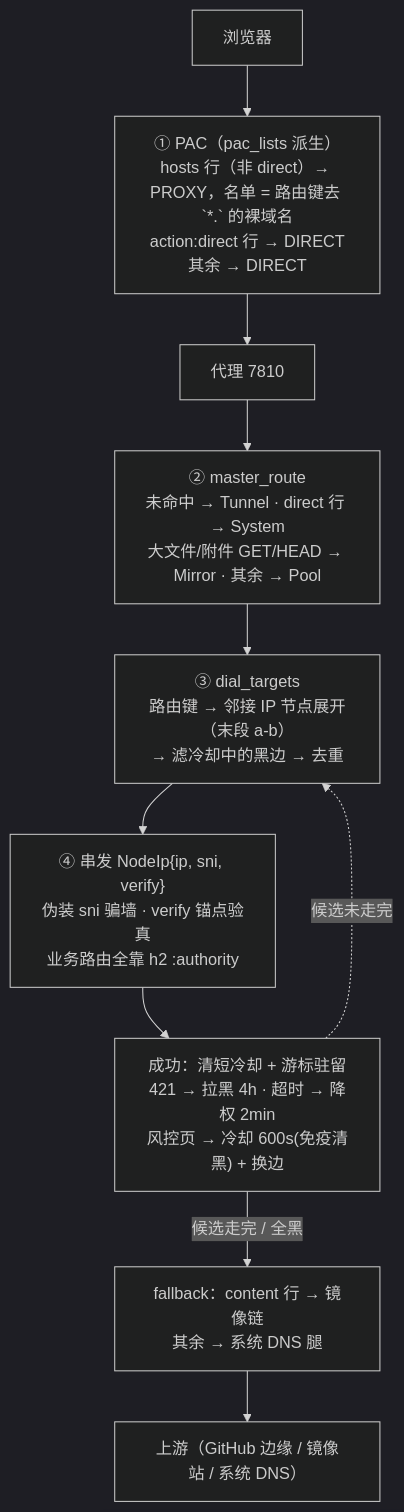
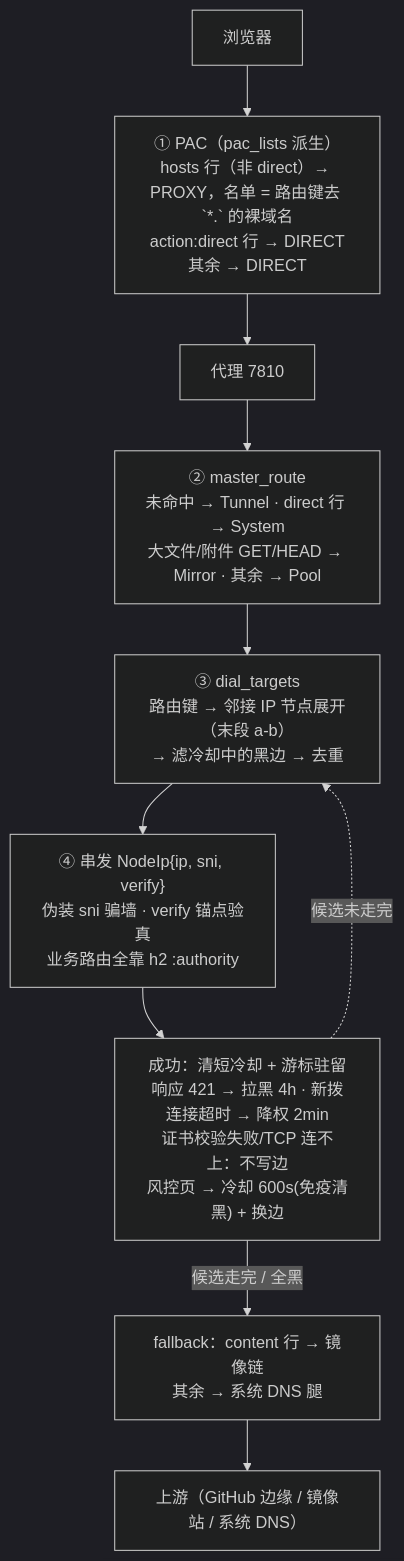
Before and after one commit to zhidian-cmd/gitport-github: the diagram in docs/ROUTING.md, drawn with Mermaid (dark theme). The commit also changed other lines of this file and 7 other files, not shown here.

````diff
--- a/docs/ROUTING.md
+++ b/docs/ROUTING.md
@@ -8,12 +8,12 @@
 ```mermaid
 flowchart TD
     B["浏览器"] --> L1["① PAC（pac_lists 派生）<br/>hosts 行（非 direct）→ PROXY，名单 = 路由键去 `*.` 的裸域名<br/>action:direct 行 → DIRECT<br/>其余 → DIRECT"]
     L1 --> P["代理 7810"]
     P --> L2["② master_route<br/>未命中 → Tunnel · direct 行 → System<br/>大文件/附件 GET/HEAD → Mirror · 其余 → Pool"]
     L2 --> L3["③ dial_targets<br/>路由键 → 邻接 IP 节点展开（末段 a-b）<br/>→ 滤冷却中的黑边 → 去重"]
     L3 --> L4["④ 串发 NodeIp{ip, sni, verify}<br/>伪装 sni 骗墙 · verify 锚点验真<br/>业务路由全靠 h2 :authority"]
-    L4 --> OUT["成功：清短冷却 + 游标驻留<br/>421 → 拉黑 4h · 超时 → 降权 2min<br/>风控页 → 冷却 600s(免疫清黑) + 换边"]
+    L4 --> OUT["成功：清短冷却 + 游标驻留<br/>响应 421 → 拉黑 4h · 新拨连接超时 → 降权 2min<br/>证书校验失败/TCP 连不上：不写边<br/>风控页 → 冷却 600s(免疫清黑) + 换边"]
     OUT -.->|"候选未走完"| L3
     OUT -->|"候选走完 / 全黑"| FB["fallback：content 行 → 镜像链<br/>其余 → 系统 DNS 腿"]
     FB --> UP["上游（GitHub 边缘 / 镜像站 / 系统 DNS）"]
 ```
````
